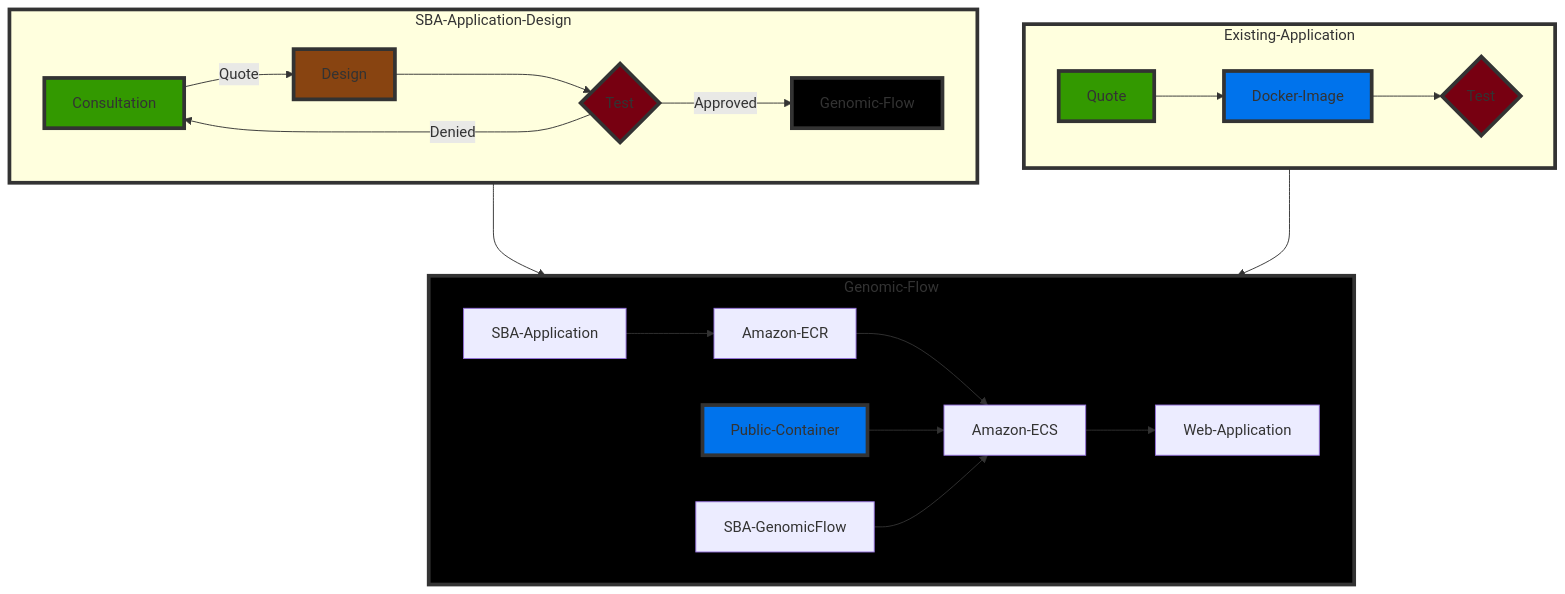
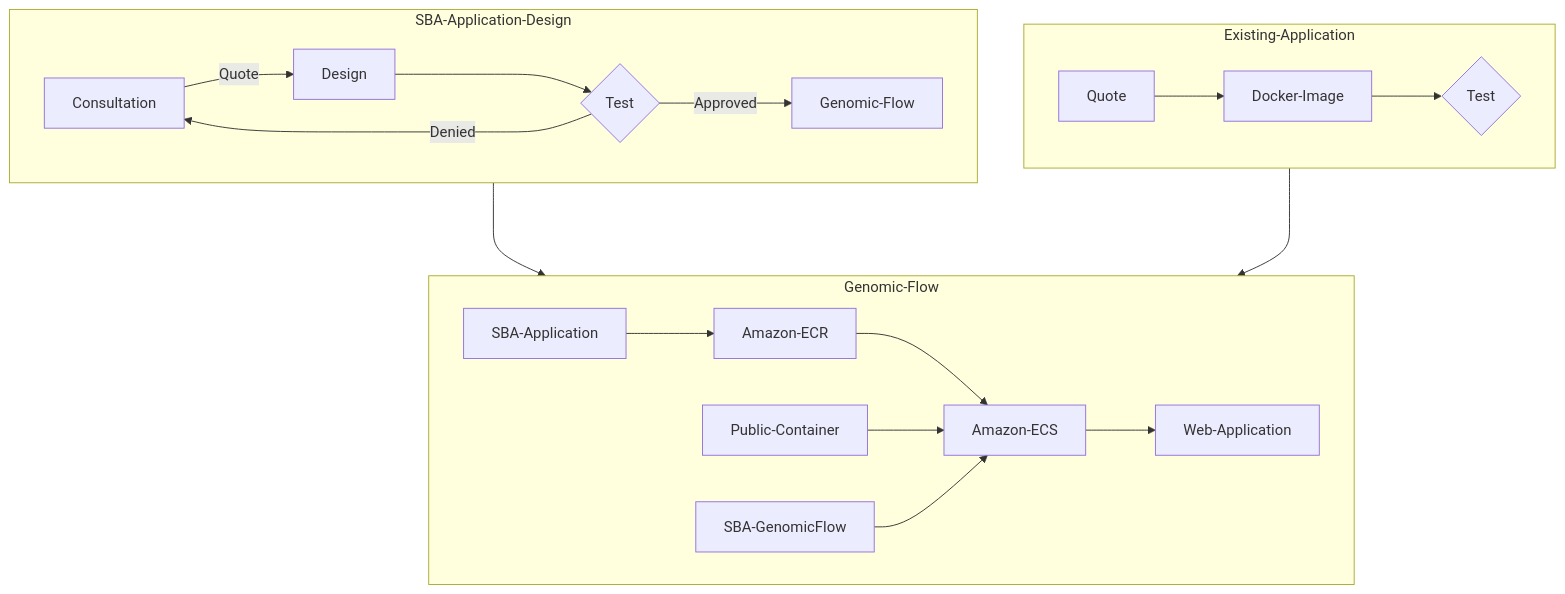
The diagram in docs/GenomicFlowApplications.md (sansterbioanalytics/FlowAPI), drawn with Mermaid before and after one commit.

````diff
--- a/docs/GenomicFlowApplications.md
+++ b/docs/GenomicFlowApplications.md
@@ -11,32 +11,20 @@
 ``` mermaid
 flowchart TB
     subgraph SBA-Application-Design
     Consultation --Quote--> Design ---> C{Test}
     C -->|Approved| D[Genomic-Flow]
     C -->|Denied| Consultation
     end
     subgraph Existing-Application
     Quote --> Docker-Image
     Docker-Image --> E{Test}
     end
     SBA-Application-Design ---> Genomic-Flow
     Existing-Application ---> Genomic-Flow
     subgraph Genomic-Flow
     SBA-Application --> Amazon-ECR --> Amazon-ECS
     Public-Container --> Amazon-ECS
     SBA-GenomicFlow --> Amazon-ECS
     Amazon-ECS --> Web-Application
     end
-  
-style SBA-Application-Design fill:#10,stroke:#333,stroke-width:4px
-style Genomic-Flow fill:#000,stroke:#333,stroke-width:4px
-style Existing-Application fill:#10,stroke:#333,stroke-width:4px
-style Consultation fill:#390,stroke:#333,stroke-width:4px
-style Quote fill:#390,stroke:#333,stroke-width:4px
-style C fill:#701,stroke:#333,stroke-width:4px
-style E align:center,fill:#701,stroke:#333,stroke-width:4px
-style D fill:#000,stroke:#333,stroke-width:4px
-style Design fill:#841,stroke:#333,stroke-width:4px
-style Docker-Image fill:#0073ec,stroke:#333,stroke-width:4px
-style Public-Container fill:#0073ec,stroke:#333,stroke-width:4px
 ```
````
